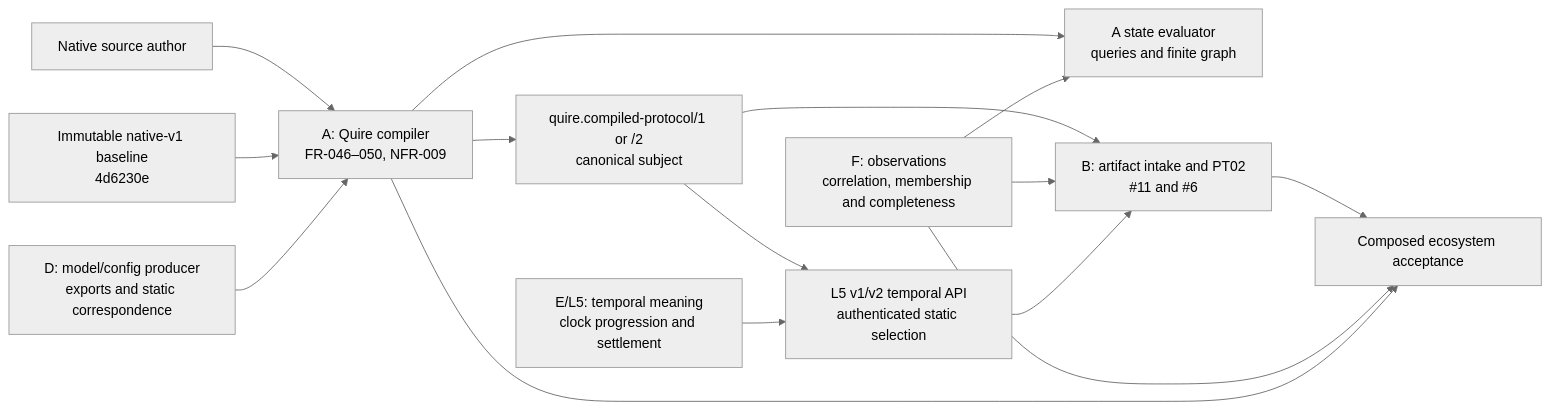
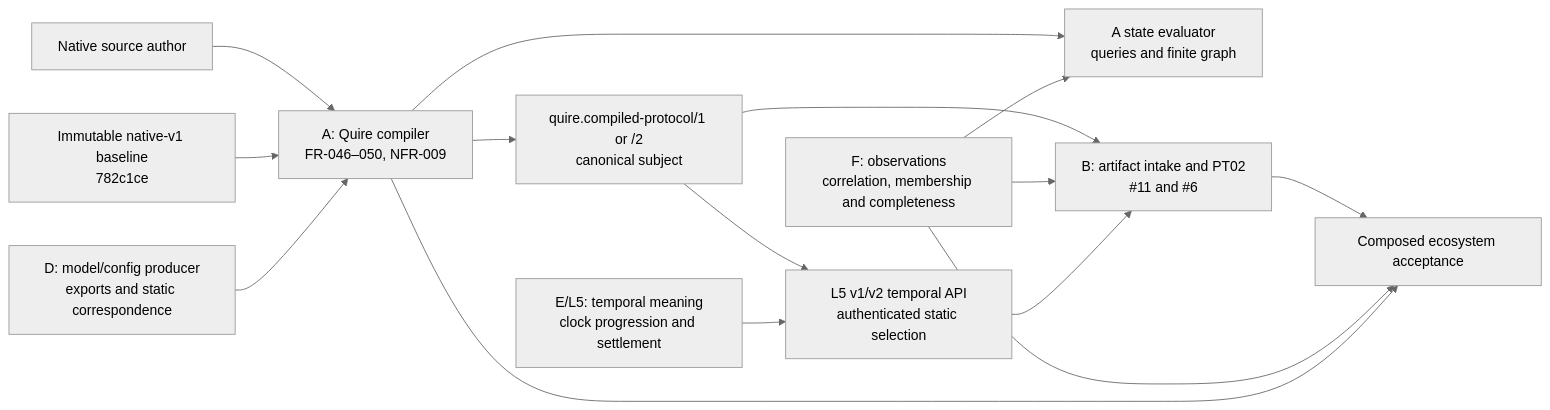
Before and after one commit to agent-ix/quire-spec-language: the diagram in spec/reviews/core-language/scope-boundary.md, drawn with Mermaid (neutral theme). The commit also changed other lines of this file and 27 other files, not shown here.

````diff
--- a/spec/reviews/core-language/scope-boundary.md
+++ b/spec/reviews/core-language/scope-boundary.md
@@ -67,17 +67,17 @@
 ```mermaid
 flowchart LR
   Author[Native source author] --> A["A: Quire compiler\nFR-046–050, NFR-009"]
-  Standard["Immutable native-v1 baseline\n4d6230e"] --> A
+  Standard["Immutable native-v1 baseline\n782c1ce"] --> A
   D["D: model/config producer\nexports and static correspondence"] --> A
   A --> Artifact["quire.compiled-protocol/1 or /2\ncanonical subject"]
   A --> State["A state evaluator\nqueries and finite graph"]
   F["F: observations\ncorrelation, membership and completeness"] --> State
   Artifact --> B["B: artifact intake and PT02\n#11 and #6"]
   F --> B
   Artifact --> L5["L5 v1/v2 temporal API\nauthenticated static selection"]
   E["E/L5: temporal meaning\nclock progression and settlement"] --> L5
   L5 --> B
   B --> Campaign[Composed ecosystem acceptance]
   F --> Campaign
   A --> Campaign
 ```
````
